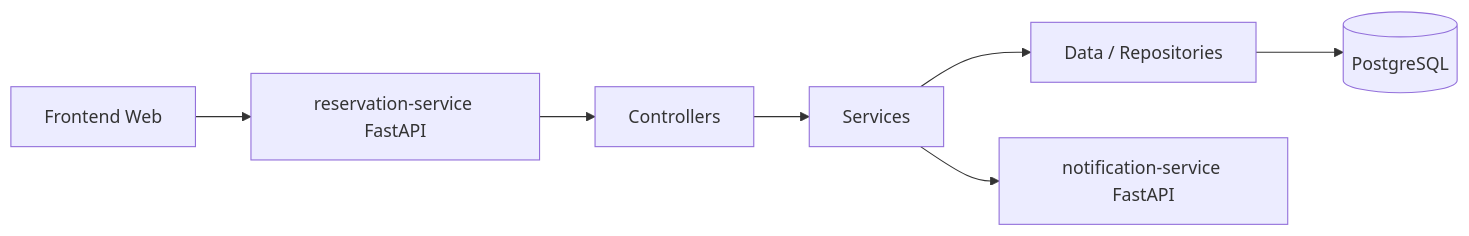
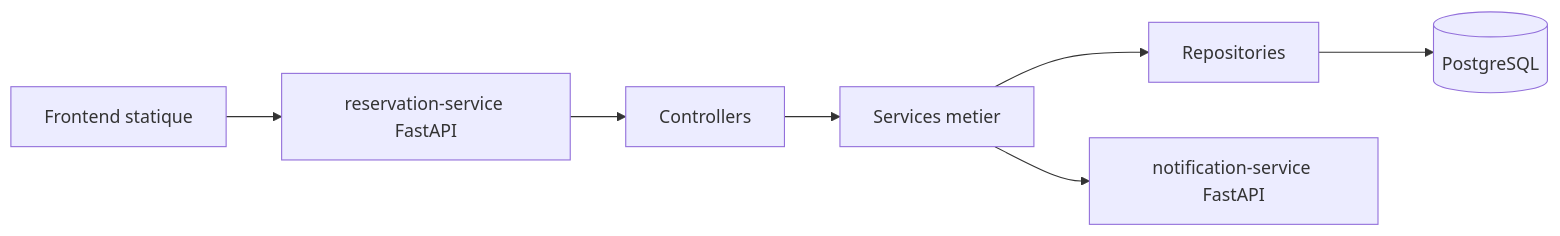
One commit to Tarek94000/PRJ-DevOps changed the first of 2 diagrams in docs/report.md. Above: the diagram before and after it, drawn with Mermaid. The commit also changed other lines of this file and 19 other files, not shown here.

````diff
--- a/docs/report.md
+++ b/docs/report.md
@@ -9,9 +16,9 @@
 ```mermaid
 flowchart LR
-  Front[Frontend Web] --> API[reservation-service FastAPI]
+  Front[Frontend statique] --> API[reservation-service FastAPI]
   API --> Controller[Controllers]
-  Controller --> Service[Services]
-  Service --> Data[Data / Repositories]
+  Controller --> Service[Services metier]
+  Service --> Data[Repositories]
   Data --> DB[(PostgreSQL)]
   Service --> Notify[notification-service FastAPI]
 ```
````
